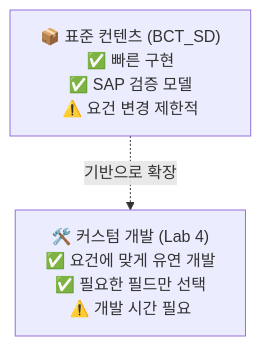
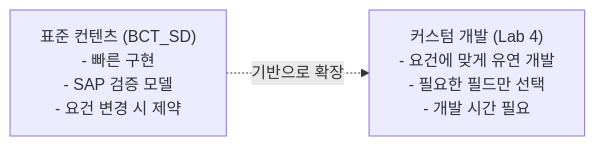
Before and after one commit to youngseols925/sap-datasphere-bdc-workshop: the seventh of 7 diagrams in labs/lab3-standard-analytic-model.md, drawn with Mermaid. The commit also changed other lines of this file and 5 other files, not shown here.

````diff
--- a/labs/lab3-standard-analytic-model.md
+++ b/labs/lab3-standard-analytic-model.md
@@ -202,7 +202,7 @@
 ```mermaid
-graph TB
-    STD["📦 표준 컨텐츠 (BCT_SD)\n✅ 빠른 구현\n✅ SAP 검증 모델\n⚠️ 요건 변경 제한적"]
-    CUSTOM["🛠️ 커스텀 개발 (Lab 4)\n✅ 요건에 맞게 유연 개발\n✅ 필요한 필드만 선택\n⚠️ 개발 시간 필요"]
+graph LR
+    STD["표준 컨텐츠 (BCT_SD)\n- 빠른 구현\n- SAP 검증 모델\n- 요건 변경 시 제약"]
+    CUSTOM["커스텀 개발 (Lab 4)\n- 요건에 맞게 유연 개발\n- 필요한 필드만 선택\n- 개발 시간 필요"]
 
     STD -.->|"기반으로 확장"| CUSTOM
 ```
````
